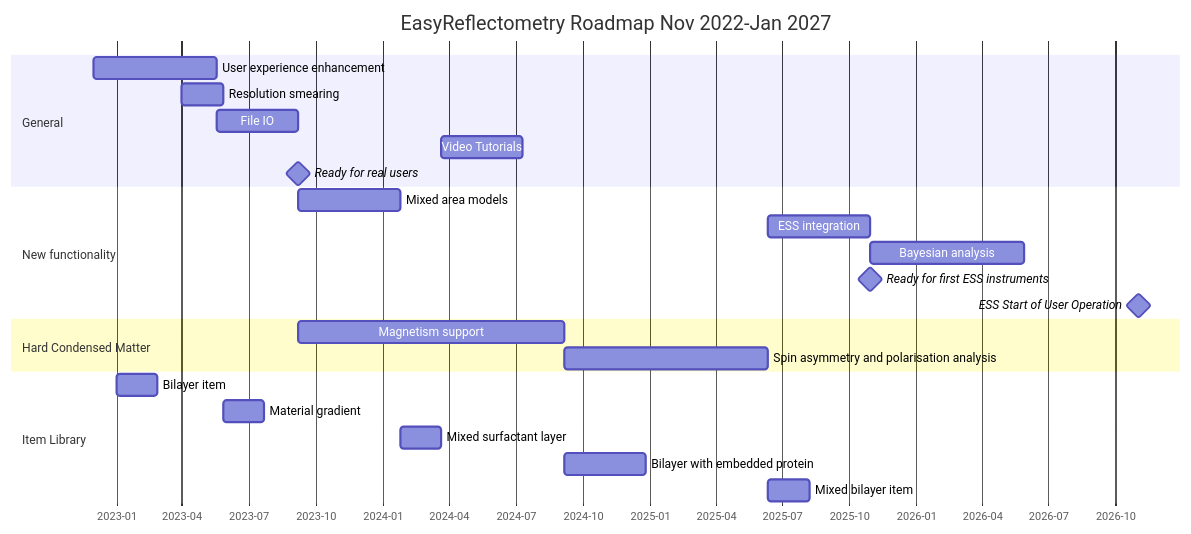
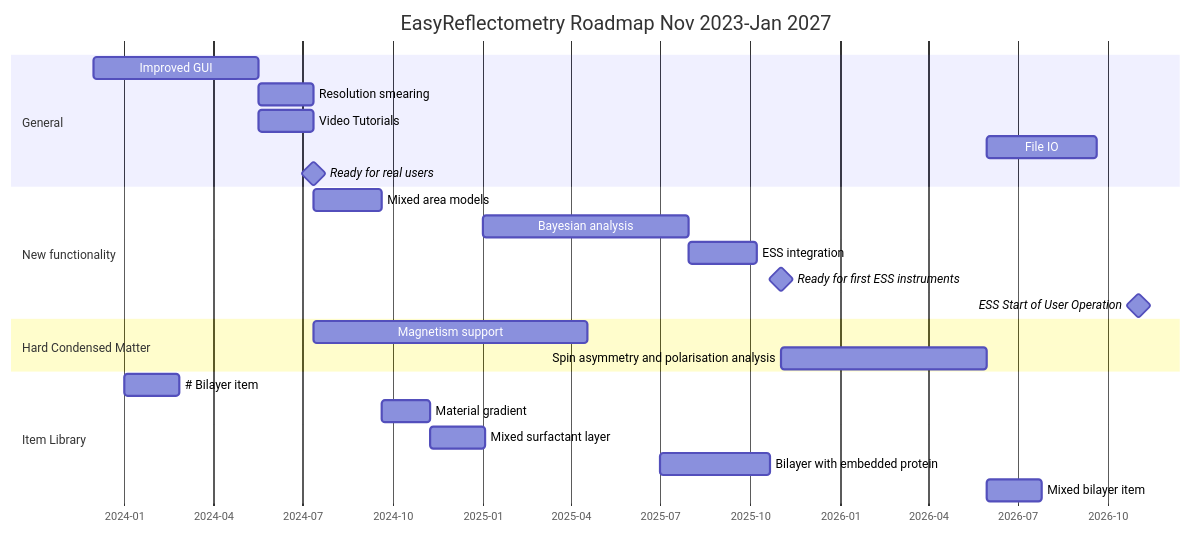
The diagram in ROADMAP.md (EasyScience/EasyReflectometryApp), drawn with Mermaid before and after one commit. The commit also changed other lines of this file, not shown here.

Commit message:
updates after meeting with Jos

````diff
--- a/ROADMAP.md
+++ b/ROADMAP.md
@@ -8,32 +8,32 @@
 ```mermaid
 gantt
-    title EasyReflectometry Roadmap Nov 2022-Jan 2027
+    title EasyReflectometry Roadmap Nov 2023-Jan 2027
     dateFormat  YYYY-MM
     axisFormat  %Y-%m
     todaymarker off
 
     section General
-    User experience enhancement :a1, 2022-12, 24w
-    Resolution smearing :a2, 2023-04, 8w
-    File IO :a3, after a1, 16w
-    Video Tutorials :a4, after d3, 16w
+    Improved GUI :a1, 2023-12, 24w
+    Resolution smearing :a2, after a1, 8w
+    Video Tutorials :a3, after a1, 8w
+    File IO :a4, after c2, 16w
     Ready for real users: milestone, m1, after a3, 2min
 
     section New functionality
-    Mixed area models :b1, after m1, 20w
-    ESS integration :b2, after c2, 20w
-    Bayesian analysis :b3, after b2, 30w
-    Ready for first ESS instruments :milestone, m2, after b2, 2min
+    Mixed area models :b1, after m1, 10w
+    Bayesian analysis :b3, 2025-01, 30w
+    ESS integration :b2, after b3, 10w
+    Ready for first ESS instruments :milestone, m2, 2025-11, 2min
     ESS Start of User Operation :milestone, m3, 2026-11, 2min
 
     section Hard Condensed Matter
-    Magnetism support :c1, after m1, 52w
-    Spin asymmetry and polarisation analysis :c2, after c1, 40w
+    Magnetism support :c1, after m1, 40w
+    Spin asymmetry and polarisation analysis :c2, after m2, 30w
 
     section Item Library
-    Bilayer item :d1, 2023-01, 8w
-    Material gradient :d2, after a2, 8w
-    Mixed surfactant layer :d3, after b1, 8w
-    Bilayer with embedded protein :d4, after c1, 16w
+    # Bilayer item :d1, 2024-01, 8w
+    Material gradient :d2, after b1, 7w
+    Mixed surfactant layer :d3, after d2, 8w
+    Bilayer with embedded protein :d4, 2025-07, 16w
     Mixed bilayer item :d5, after c2, 8w
 ```
````
